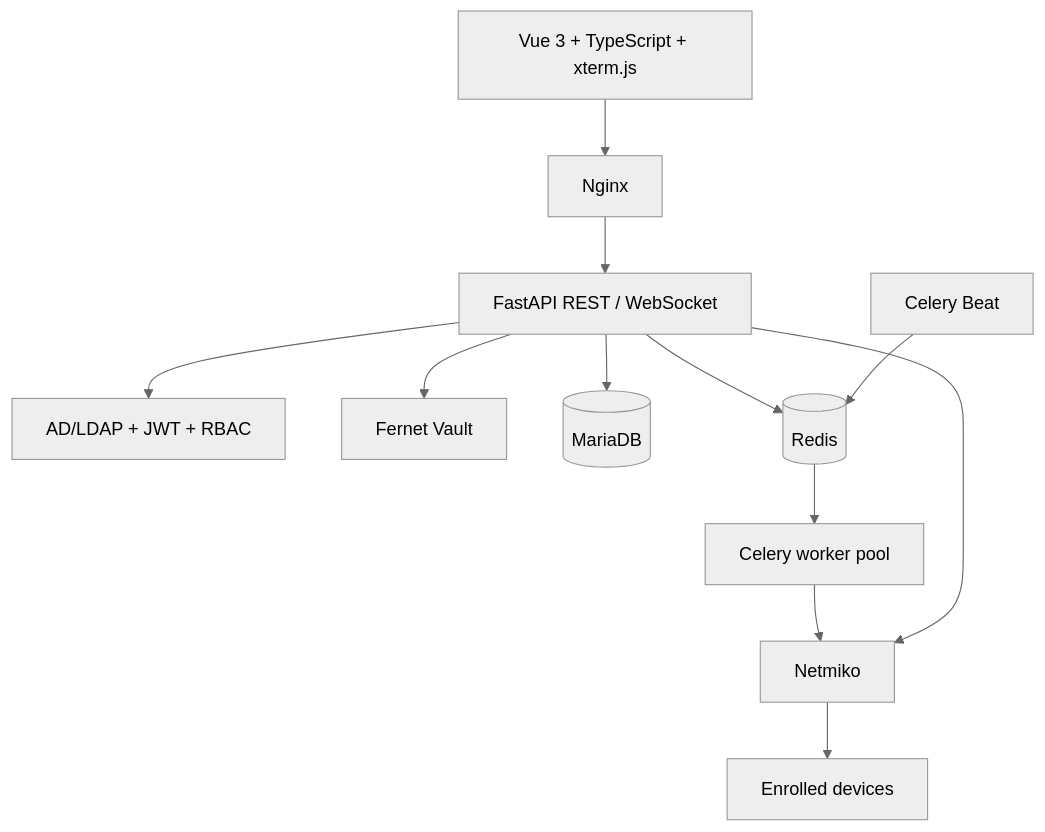
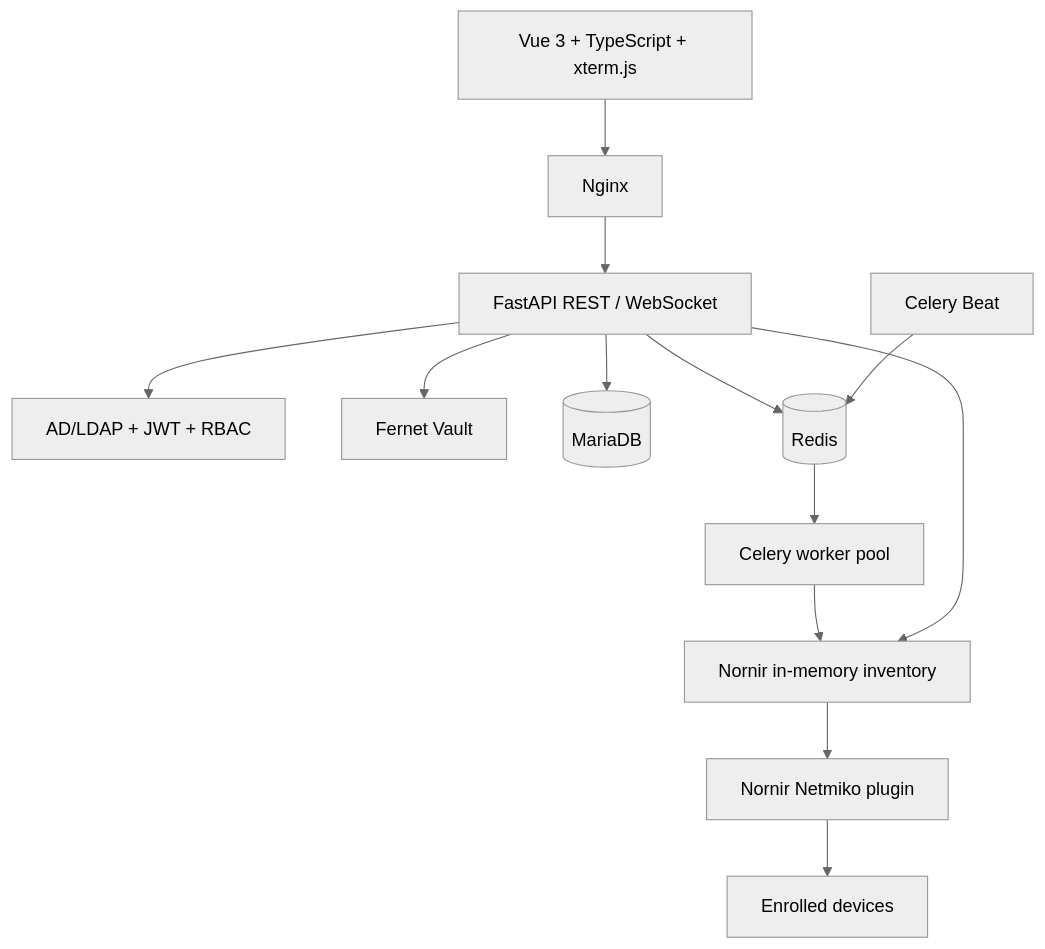
Before and after one commit to mertgl1/OmniEyeNetwork: the first of 2 diagrams in docs/ARCHITECTURE.md, drawn with Mermaid (neutral theme). The commit also changed other lines of this file and 28 other files, not shown here.

````diff
--- a/docs/ARCHITECTURE.md
+++ b/docs/ARCHITECTURE.md
@@ -10,14 +10,15 @@
 ```mermaid
 flowchart TB
   Browser["Vue 3 + TypeScript + xterm.js"] --> Nginx["Nginx"]
   Nginx --> API["FastAPI REST / WebSocket"]
   API --> LDAP["AD/LDAP + JWT + RBAC"]
   API --> Vault["Fernet Vault"]
   API --> MariaDB[(MariaDB)]
   API --> Redis[(Redis)]
   Beat["Celery Beat"] --> Redis
   Redis --> Worker["Celery worker pool"]
-  Worker --> Netmiko["Netmiko"]
-  API --> Netmiko
+  Worker --> Nornir["Nornir in-memory inventory"]
+  API --> Nornir
+  Nornir --> Netmiko["Nornir Netmiko plugin"]
   Netmiko --> Device["Enrolled devices"]
 ```
````
